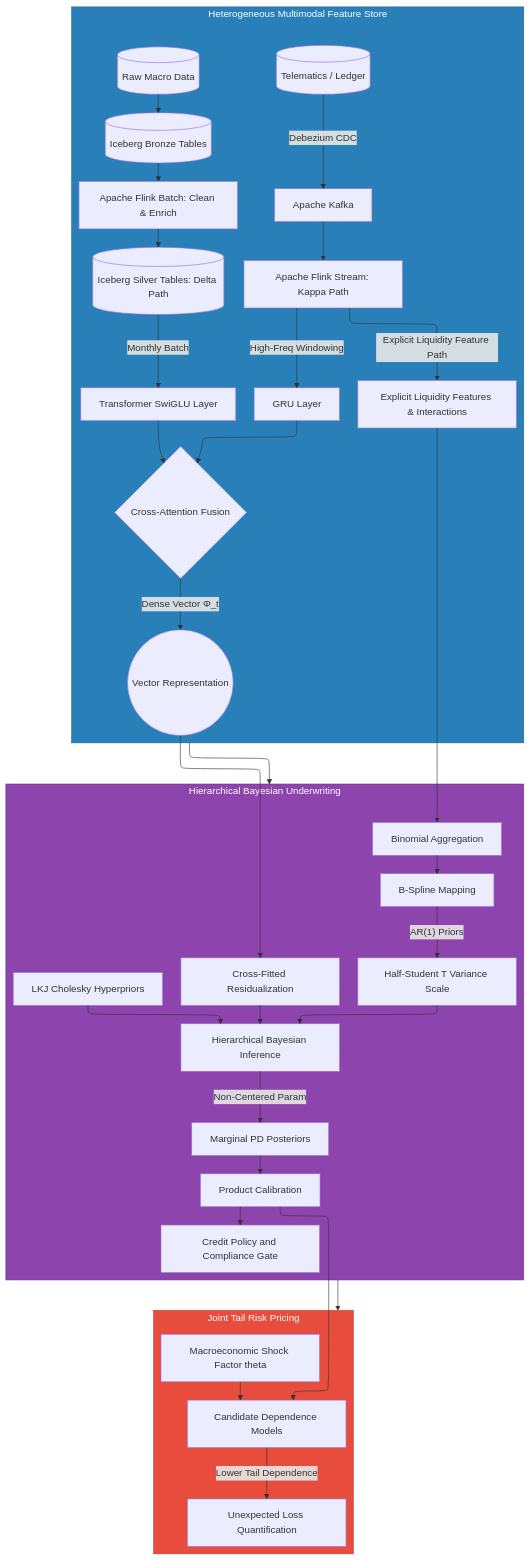
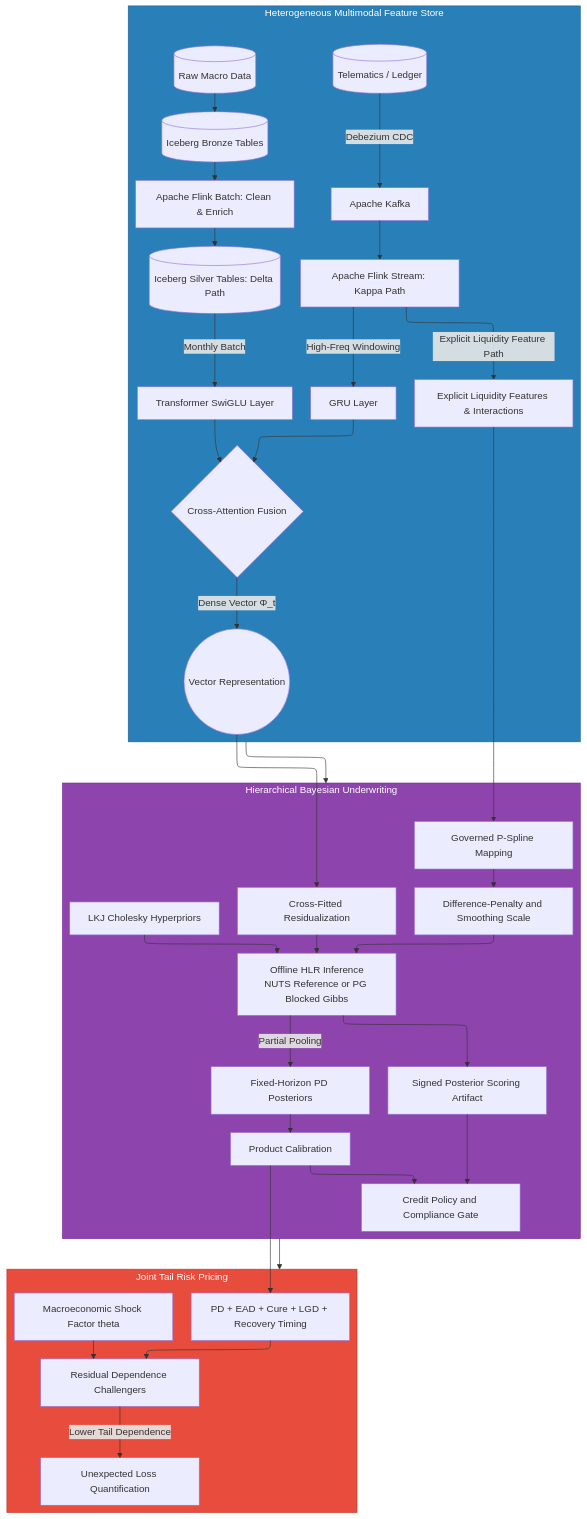
One commit to TheAlchemistNerd/mwendo-pamoja-continuous-underwriting changed the diagram in whitepapers/mwendo-pamoja/parts/Part_2b_Bayesian_Underwriting_and_Asymmetric_Copulas.md. Above: the diagram before and after it, drawn with Mermaid. The commit also changed other lines of this file and 102 other files, not shown here.

````diff
--- a/whitepapers/mwendo-pamoja/parts/Part_2b_Bayesian_Underwriting_and_Asymmetric_Copulas.md
+++ b/whitepapers/mwendo-pamoja/parts/Part_2b_Bayesian_Underwriting_and_Asymmetric_Copulas.md
@@ -515,52 +630,54 @@
 ```{.mermaid layout=fullpage}
 %%{init: {"flowchart": {"defaultRenderer": "elk"}}}%%
 graph TD
     %% Subgraph: Data Engineering & Neural Embeddings
     subgraph DE [Heterogeneous Multimodal Feature Store]
         DB_Tel[(Telematics / Ledger)] -->|Debezium CDC| Kafka[Apache Kafka]
         Kafka --> Flink[Apache Flink Stream: Kappa Path]
 
         DB_Mac[(Raw Macro Data)] --> Bronze[(Iceberg Bronze Tables)]
         Bronze --> Flink_Batch[Apache Flink Batch: Clean & Enrich]
         Flink_Batch --> Lake[(Iceberg Silver Tables: Delta Path)]
 
         Flink -->|High-Freq Windowing| GRU[GRU Layer]
         Lake -->|Monthly Batch| Trans[Transformer SwiGLU Layer]
 
         GRU --> Fusion{Cross-Attention Fusion}
         Trans --> Fusion
         Fusion -->|Dense Vector Φ_t| VectorSpace((Vector Representation))
 
         Flink -->|Explicit Liquidity Feature Path| TabularVars[Explicit Liquidity Features & Interactions]
     end
 
     %% Subgraph: Hierarchical Bayesian Inference
     subgraph HBM [Hierarchical Bayesian Underwriting]
-        TabularVars --> BinomialAgg[Binomial Aggregation]
-        BinomialAgg --> B_Splines[B-Spline Mapping]
-        B_Splines -->|"AR(1) Priors"| AR1["Half-Student T Variance Scale"]
+        TabularVars --> P_Splines[Governed P-Spline Mapping]
+        P_Splines --> Penalty[Difference-Penalty and Smoothing Scale]
 
         VectorSpace --> Residual[Cross-Fitted Residualization]
-        Residual --> MCMC[Hierarchical Bayesian Inference]
-        AR1 --> MCMC
+        Residual --> MCMC[Offline HLR Inference<br/>NUTS Reference or PG Blocked Gibbs]
+        Penalty --> MCMC
         Priors["LKJ Cholesky Hyperpriors"] --> MCMC
 
-        MCMC -->|Non-Centered Param| MarginalPD[Marginal PD Posteriors]
+        MCMC -->|Partial Pooling| MarginalPD[Fixed-Horizon PD Posteriors]
         MarginalPD --> Cal[Product Calibration]
         Cal --> Gate[Credit Policy and Compliance Gate]
+        MCMC --> Artifact[Signed Posterior Scoring Artifact]
+        Artifact --> Gate
     end
 
     %% Subgraph: Copula and Joint Risk Pricing
     subgraph COP [Joint Tail Risk Pricing]
-        Cal --> Clayton[Candidate Dependence Models]
+        Cal --> Loss[PD + EAD + Cure + LGD + Recovery Timing]
+        Loss --> Clayton[Residual Dependence Challengers]
         MacroShock["Macroeconomic Shock Factor theta"] --> Clayton
         Clayton -->|Lower Tail Dependence| UL[Unexpected Loss Quantification]
     end
 
     DE --> HBM
     HBM --> COP
 
     style DE fill:#2980b9,color:#fff,stroke:#1f618d
     style HBM fill:#8e44ad,color:#fff,stroke:#732d91
     style COP fill:#e74c3c,color:#fff,stroke:#c0392b
 ```
````
